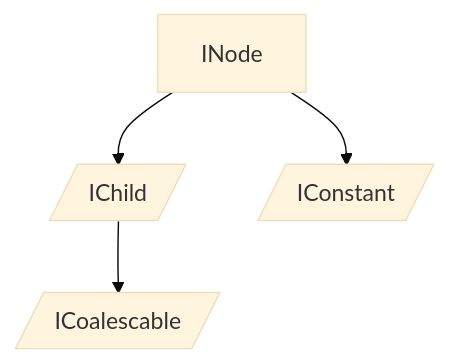
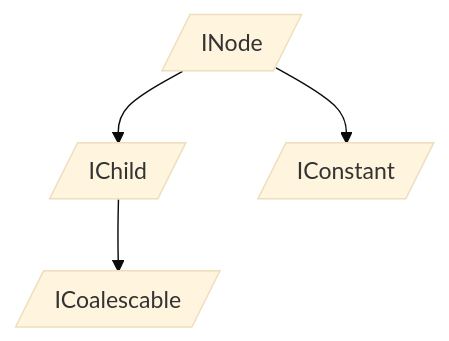
One commit to Snow-Gremlin/Blackboard changed the diagram in Blackboard/Core/Nodes/README.md. Above: the diagram before and after it, drawn with Mermaid (base theme). The commit also changed other lines of this file, not shown here.

````diff
--- a/Blackboard/Core/Nodes/README.md
+++ b/Blackboard/Core/Nodes/README.md
@@ -9,17 +9,18 @@
 ```mermaid
 flowchart TD
 
 IChild[/IChild/]
-    click IChild href "./Interfaces/IChild.cs"
+    click IChild href "Interfaces/IChild.cs"
     INode --> IChild
 
 ICoalescable[/ICoalescable/]
-    click ICoalescable href "./Interfaces/ICoalescable.cs"
+    click ICoalescable href "Interfaces/ICoalescable.cs"
     IChild --> ICoalescable
 
 IConstant[/IConstant/]
-    click IConstant href "./Interfaces/IConstant.cs"
+    click IConstant href "Interfaces/IConstant.cs"
     INode --> IConstant
 
-
+INode[/INode/]
+    click INode href "Interfaces/INode.cs"
 ```
````
